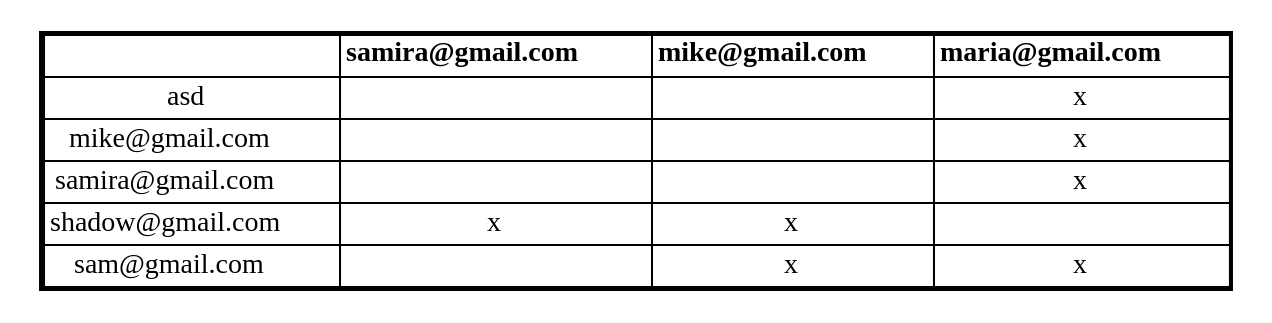
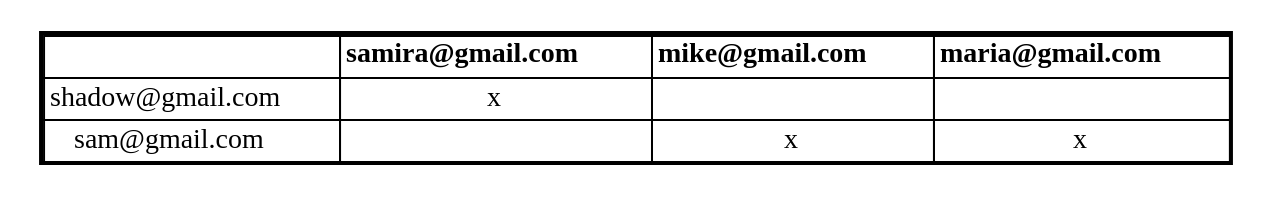
Before and after one commit to Kevin-alvarez1/PROYECTO_MULTIFASES_RED_SOCIAL: the diagram in Fase1/output/relaciones.dot, drawn with Graphviz. The commit also changed 19 other files, not shown here.

```diff
--- a/Fase1/output/relaciones.dot
+++ b/Fase1/output/relaciones.dot
@@ -1,12 +1,9 @@
 digraph G {
 node [shape=plaintext];
 RELACIONES_DE_AMISTAD [label=<
 <table border='2' cellborder='1' cellspacing='0'>
 <tr><td></td><td><b>samira@gmail.com</b></td><td><b>mike@gmail.com</b></td><td><b>maria@gmail.com</b></td></tr>
-<tr><td>asd</td><td></td><td></td><td>x</td></tr>
-<tr><td>mike@gmail.com</td><td></td><td></td><td>x</td></tr>
-<tr><td>samira@gmail.com</td><td></td><td></td><td>x</td></tr>
-<tr><td>shadow@gmail.com</td><td>x</td><td>x</td><td></td></tr>
+<tr><td>shadow@gmail.com</td><td>x</td><td></td><td></td></tr>
 <tr><td>sam@gmail.com</td><td></td><td>x</td><td>x</td></tr>
 </table>>];
 }
```
